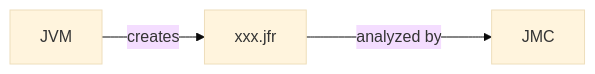
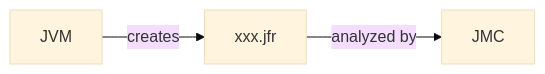
Before and after one commit to rujche/samples: the first of 2 diagrams in README.md, drawn with Mermaid (base theme). The commit also changed other lines of this file, not shown here.

Commit message:
Update diagrams in README.md

````diff
--- a/README.md
+++ b/README.md
@@ -20,5 +20,5 @@
       ```mermaid
       graph LR
           JVM -->|creates| xxx.jfr
-          xxx.jfr --->|analyzed by| JMC
+          xxx.jfr -->|analyzed by| JMC
       ```
````
